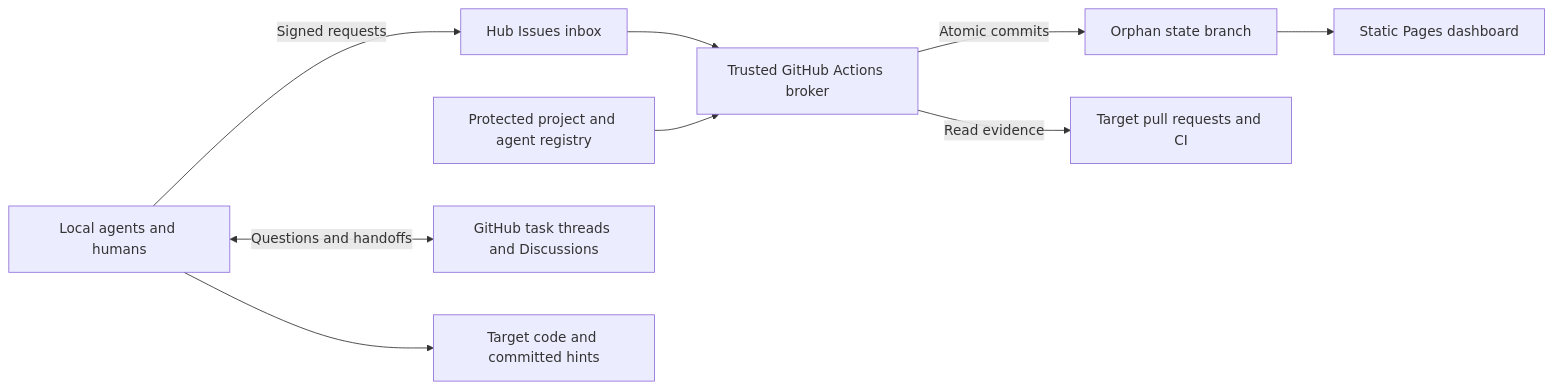
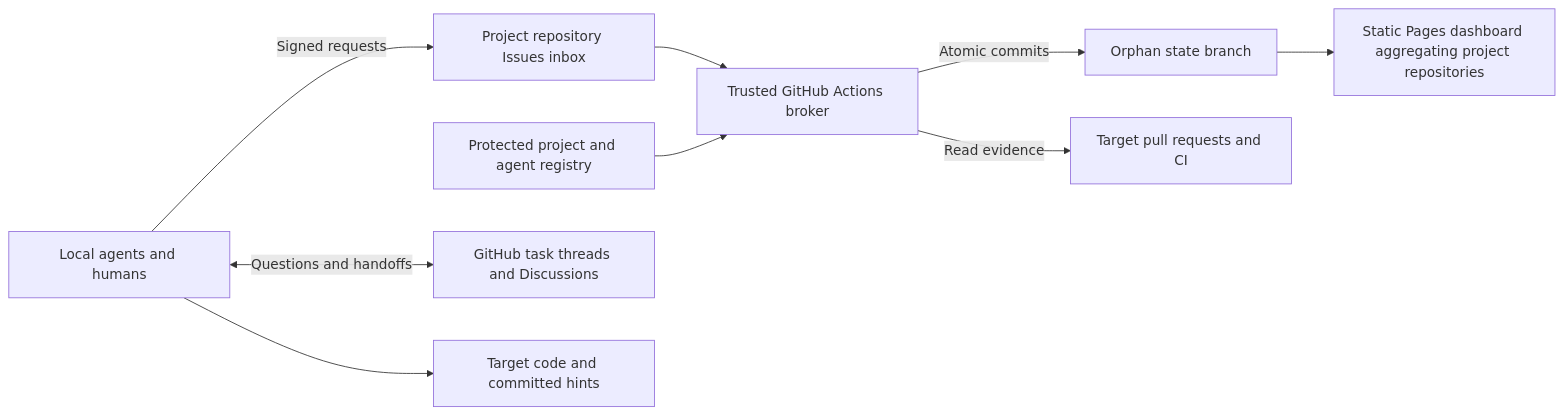
Before and after one commit to khwilson/hivemind: the diagram in docs/design.md, drawn with Mermaid. The commit also changed other lines of this file and 4 other files, not shown here.

Commit message:
Adopt repository local queues with protected broker access

````diff
--- a/docs/design.md
+++ b/docs/design.md
@@ -29,11 +32,11 @@
 ```mermaid
 flowchart LR
-    A[Local agents and humans] -->|Signed requests| I[Hub Issues inbox]
+    A[Local agents and humans] -->|Signed requests| I[Project repository Issues inbox]
     I --> B[Trusted GitHub Actions broker]
     C[Protected project and agent registry] --> B
     B -->|Atomic commits| S[Orphan state branch]
     B -->|Read evidence| P[Target pull requests and CI]
-    S --> D[Static Pages dashboard]
+    S --> D[Static Pages dashboard aggregating project repositories]
     A <-->|Questions and handoffs| M[GitHub task threads and Discussions]
     A --> R[Target code and committed hints]
 ```
````
